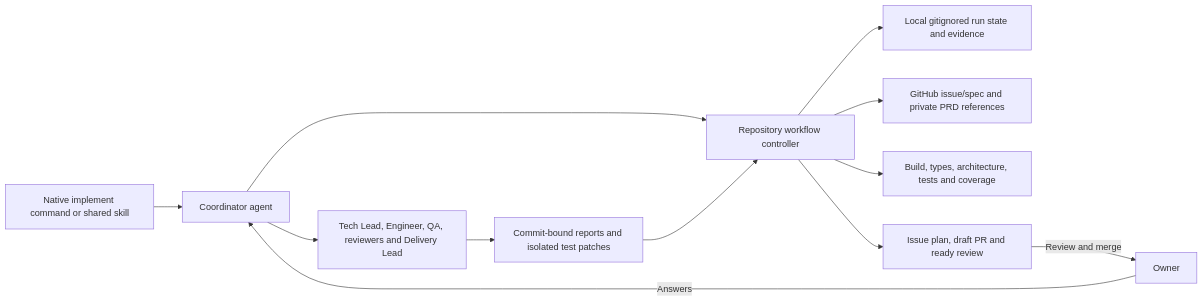
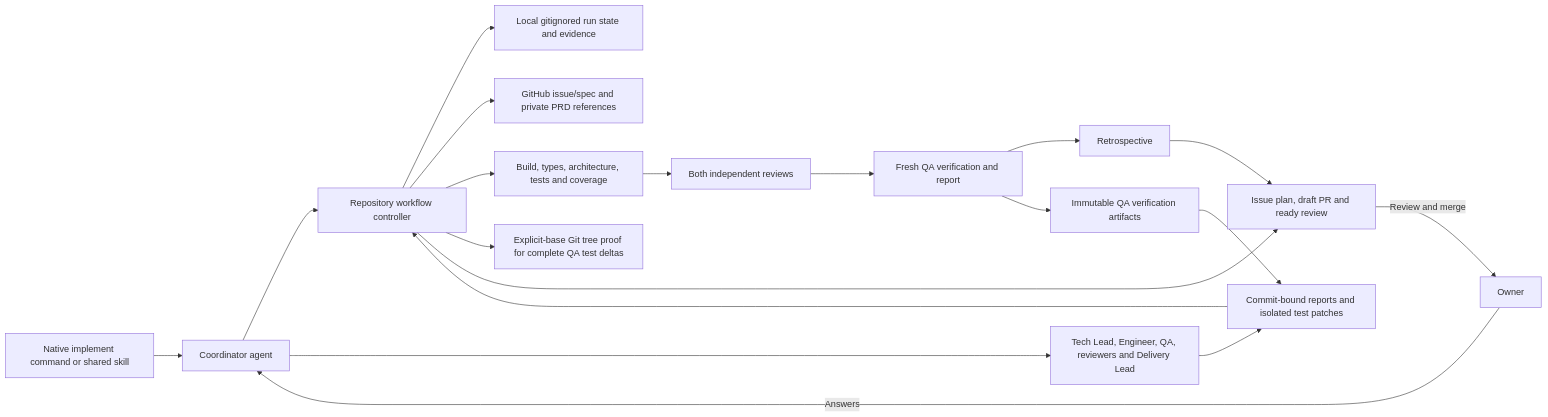
The third of 3 diagrams in docs/code-map.md (pabloquadrado/eleggante-tournament-management), drawn with Mermaid before and after one commit. The commit also changed other lines of this file and 18 other files, not shown here.

Commit message:
fix(workflow): gate QA after independent reviews

````diff
--- a/docs/code-map.md
+++ b/docs/code-map.md
@@ -104,14 +106,21 @@
 ```mermaid
 flowchart LR
   command[Native implement command or shared skill] --> coordinator[Coordinator agent]
   coordinator --> controller[Repository workflow controller]
   controller --> state[Local gitignored run state and evidence]
   controller --> sources[GitHub issue/spec and private PRD references]
   controller --> gates[Build, types, architecture, tests and coverage]
+  gates --> reviews[Both independent reviews]
+  reviews --> qa[Fresh QA verification and report]
+  qa --> retrospective[Retrospective]
+  retrospective --> delivery
+  qa --> qaEvidence[Immutable QA verification artifacts]
+  qaEvidence --> reports
   coordinator --> agents[Tech Lead, Engineer, QA, reviewers and Delivery Lead]
   agents --> reports[Commit-bound reports and isolated test patches]
   reports --> controller
+  controller --> integration[Explicit-base Git tree proof for complete QA test deltas]
   controller --> delivery[Issue plan, draft PR and ready review]
   owner[Owner] -->|Answers| coordinator
   delivery -->|Review and merge| owner
 ```
````
